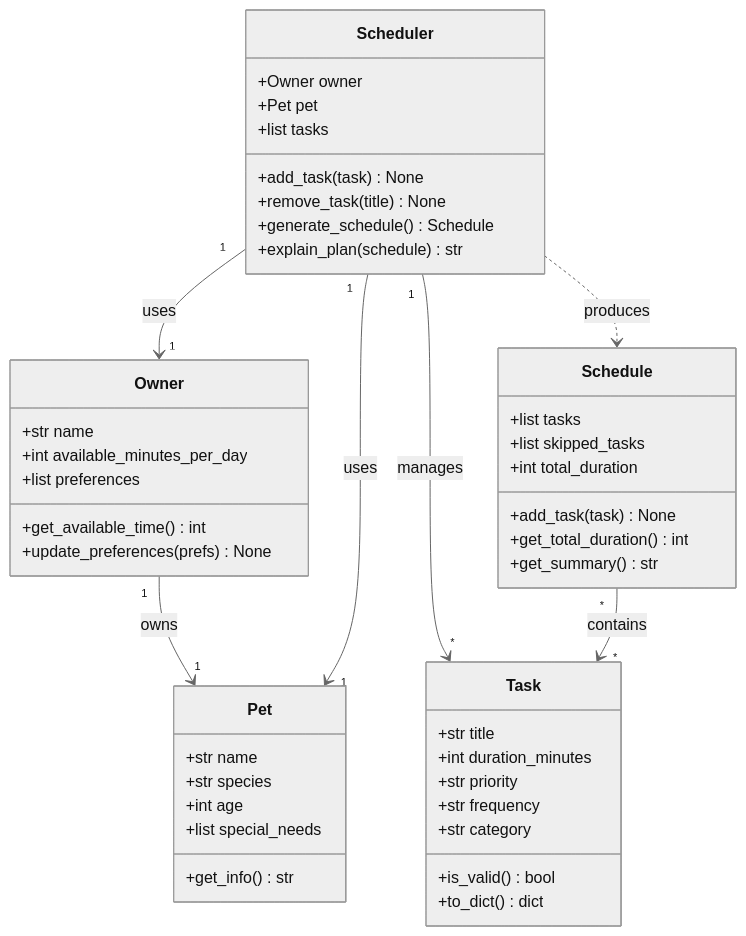
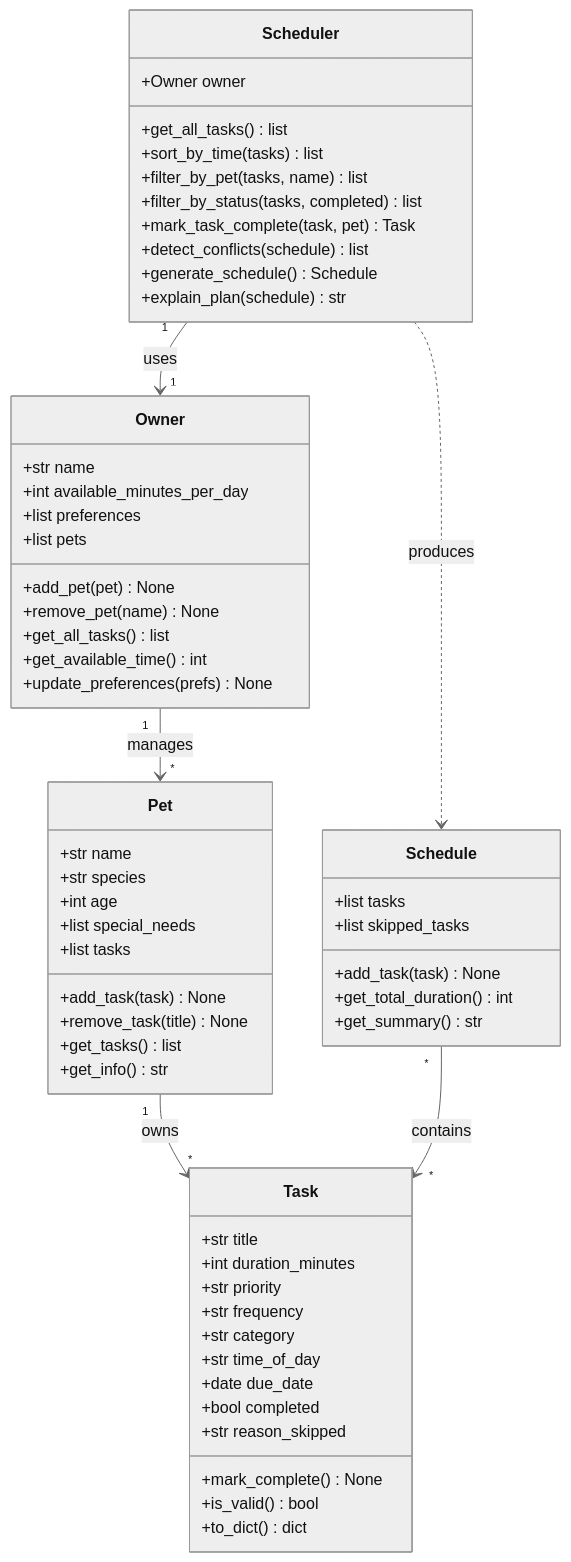
One commit to 2015pushkar/pawpal-scheduler changed the diagram in reflection.md. Above: the diagram before and after it, drawn with Mermaid (neutral theme). The commit also changed other lines of this file and 4 other files, not shown here.

Commit message:
docs: Add UML class diagram to README Architecture

````diff
--- a/reflection.md
+++ b/reflection.md
@@ -24,54 +24,67 @@
 ```mermaid
 classDiagram
     class Owner {
         +str name
         +int available_minutes_per_day
         +list preferences
+        +list pets
+        +add_pet(pet) None
+        +remove_pet(name) None
+        +get_all_tasks() list
         +get_available_time() int
         +update_preferences(prefs) None
     }
 
     class Pet {
         +str name
         +str species
         +int age
         +list special_needs
+        +list tasks
+        +add_task(task) None
+        +remove_task(title) None
+        +get_tasks() list
         +get_info() str
     }
 
     class Task {
         +str title
         +int duration_minutes
         +str priority
         +str frequency
         +str category
+        +str time_of_day
+        +date due_date
+        +bool completed
+        +str reason_skipped
+        +mark_complete() None
         +is_valid() bool
         +to_dict() dict
     }
 
     class Schedule {
         +list tasks
         +list skipped_tasks
-        +int total_duration
         +add_task(task) None
         +get_total_duration() int
         +get_summary() str
     }
 
     class Scheduler {
         +Owner owner
-        +Pet pet
-        +list tasks
-        +add_task(task) None
-        +remove_task(title) None
+        +get_all_tasks() list
+        +sort_by_time(tasks) list
+        +filter_by_pet(tasks, name) list
+        +filter_by_status(tasks, completed) list
+        +mark_task_complete(task, pet) Task
+        +detect_conflicts(schedule) list
         +generate_schedule() Schedule
         +explain_plan(schedule) str
     }
 
-    Owner "1" --> "1" Pet : owns
+    Owner "1" --> "*" Pet : manages
+    Pet  "1" --> "*" Task : owns
     Scheduler "1" --> "1" Owner : uses
-    Scheduler "1" --> "1" Pet : uses
-    Scheduler "1" --> "*" Task : manages
     Scheduler ..> Schedule : produces
     Schedule "*" --> "*" Task : contains
 ```
````
